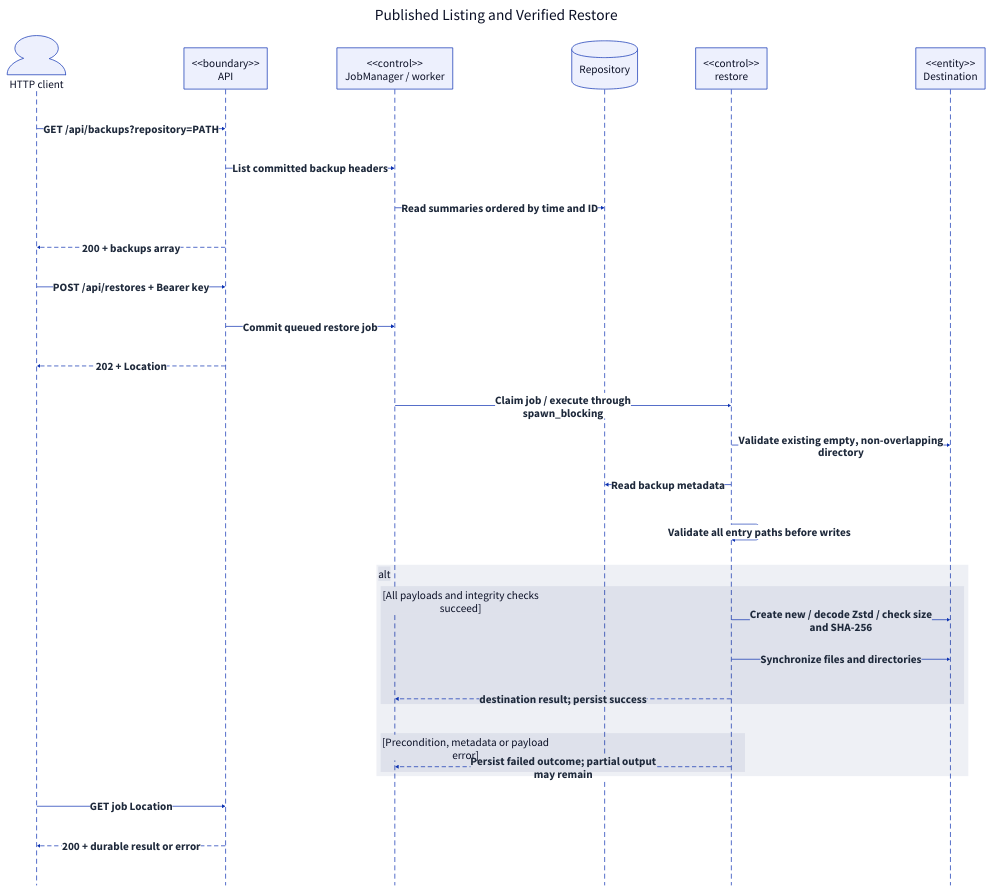
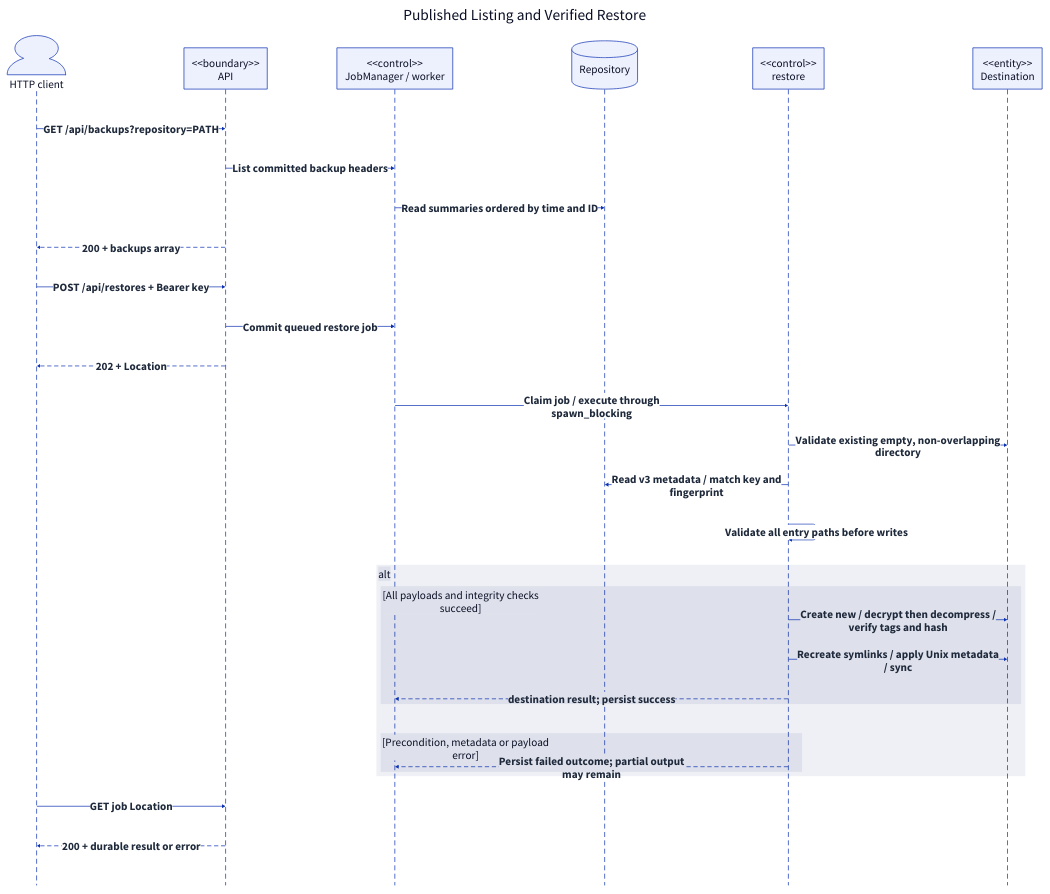
The diagram in docs/report/generated/system-sequence-restore.d2 (qi7876/software-development-exp), drawn with D2 before and after one commit. The commit also changed 26 other files, not shown here.

First line of the commit message:
docs: align course report with current architecture (#21)

```diff
--- a/docs/report/generated/system-sequence-restore.d2
+++ b/docs/report/generated/system-sequence-restore.d2
@@ -1,41 +1,41 @@
 # Generated from docs/report/model.yaml; do not edit directly.
 direction: down
 **.style.font-size: 32
 (** -> **)[*].style: {font-size: 32; bold: true; italic: false; font-color: "#1E293B"}
 (** -- **)[*].style: {font-size: 32; bold: true; italic: false; font-color: "#1E293B"}
 (** <- **)[*].style: {font-size: 32; bold: true; italic: false; font-color: "#1E293B"}
 diagram: "Published Listing and Verified Restore" {
   style.font-size: 44
   style.fill: white
   style.stroke: transparent
   shape: sequence_diagram
   Client: "HTTP client" {shape: person}
   API: "<<boundary>>\nAPI" {shape: rectangle}
   Jobs: "<<control>>\nJobManager / worker" {shape: rectangle}
   Repo: "Repository" {shape: cylinder}
   Restore: "<<control>>\nrestore" {shape: rectangle}
   Dest: "<<entity>>\nDestination" {shape: rectangle}
   Client -> API: "GET /api/backups?repository=PATH"
   API -> Jobs: "List committed backup headers"
   Jobs -> Repo: "Read summaries ordered by time and ID"
   API -> Client: "200 + backups array" {style.stroke-dash: 5}
   Client -> API: "POST /api/restores + Bearer key"
   API -> Jobs: "Commit queued restore job"
   API -> Client: "202 + Location" {style.stroke-dash: 5}
   Jobs -> Restore: "Claim job / execute through\nspawn_blocking"
   Restore -> Dest: "Validate existing empty, non-overlapping\ndirectory"
-  Restore -> Repo: "Read backup metadata"
+  Restore -> Repo: "Read v3 metadata / match key and\nfingerprint"
   Restore -> Restore: "Validate all entry paths before writes"
   fragment_11: alt {
     branch_11: "[All payloads and integrity checks\nsucceed]" {
-      Restore -> Dest: "Create new / decode Zstd / check size\nand SHA-256"
-      Restore -> Dest: "Synchronize files and directories"
+      Restore -> Dest: "Create new / decrypt then decompress /\nverify tags and hash"
+      Restore -> Dest: "Recreate symlinks / apply Unix metadata\n/ sync"
       Restore -> Jobs: "destination result; persist success" {style.stroke-dash: 5}
     }
     branch_15: "[Precondition, metadata or payload\nerror]" {
       Restore -> Jobs: "Persist failed outcome; partial output\nmay remain" {style.stroke-dash: 5}
     }
   }
   Client -> API: "GET job Location"
   API -> Client: "200 + durable result or error" {style.stroke-dash: 5}
 }
```
